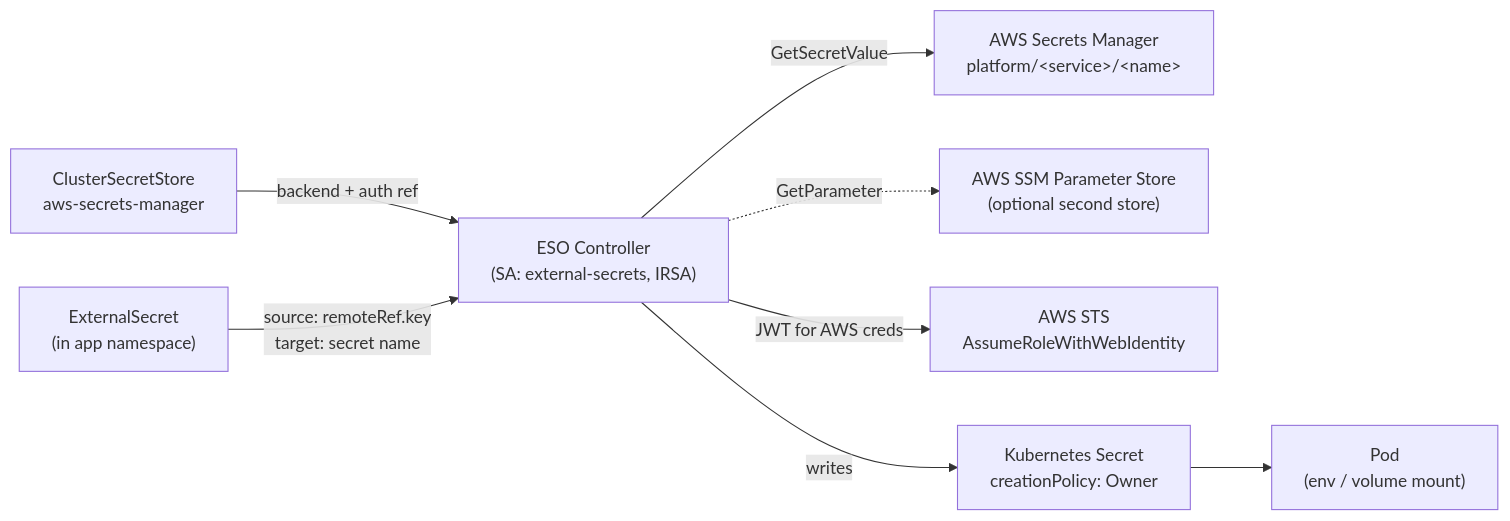
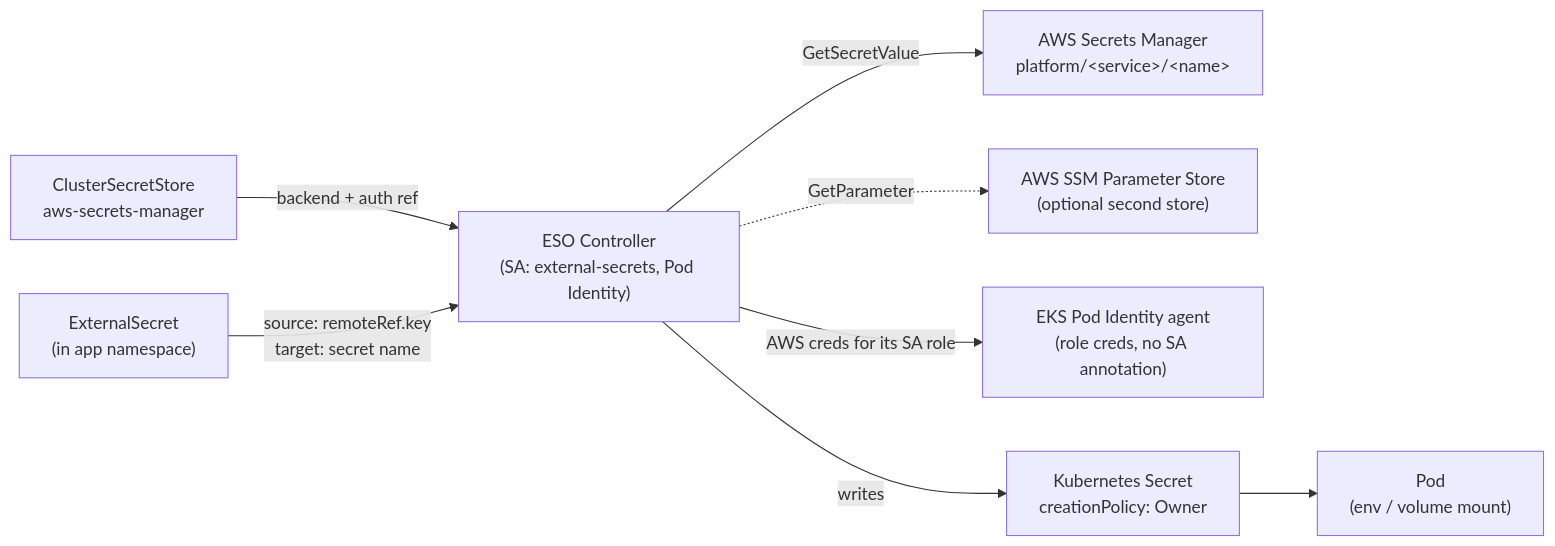
One commit to asanexample/platform changed the diagram in docs/architecture/secrets-and-external-secrets.md. Above: the diagram before and after it, drawn with Mermaid. The commit also changed other lines of this file and 18 other files, not shown here.

First line of the commit message:
docs(architecture): apply doc-audit corrections (IRSA->Pod Identity, #647, vocab, status.domains)

````diff
--- a/docs/architecture/secrets-and-external-secrets.md
+++ b/docs/architecture/secrets-and-external-secrets.md
@@ -16,18 +17,18 @@
 ```mermaid
 flowchart LR
     SM["AWS Secrets Manager<br/>platform/&lt;service&gt;/&lt;name&gt;"]
     SSM["AWS SSM Parameter Store<br/>(optional second store)"]
-    STS["AWS STS<br/>AssumeRoleWithWebIdentity"]
-    ESO["ESO Controller<br/>(SA: external-secrets, IRSA)"]
+    PIA["EKS Pod Identity agent<br/>(role creds, no SA annotation)"]
+    ESO["ESO Controller<br/>(SA: external-secrets, Pod Identity)"]
     CSS["ClusterSecretStore<br/>aws-secrets-manager"]
     ES["ExternalSecret<br/>(in app namespace)"]
     K8S["Kubernetes Secret<br/>creationPolicy: Owner"]
     Pod["Pod<br/>(env / volume mount)"]
 
-    ESO -->|JWT for AWS creds| STS
+    ESO -->|AWS creds for its SA role| PIA
     ESO -->|GetSecretValue| SM
     ESO -.->|GetParameter| SSM
     CSS -->|backend + auth ref| ESO
     ES -->|source: remoteRef.key<br/>target: secret name| ESO
     ESO -->|writes| K8S --> Pod
 ```
````
